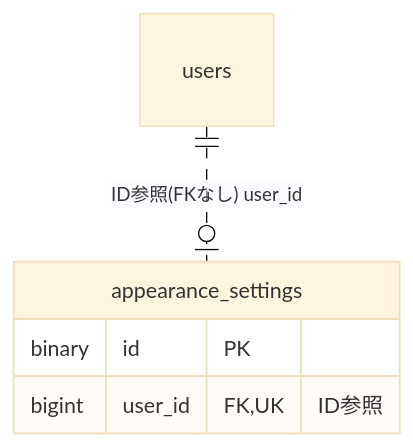
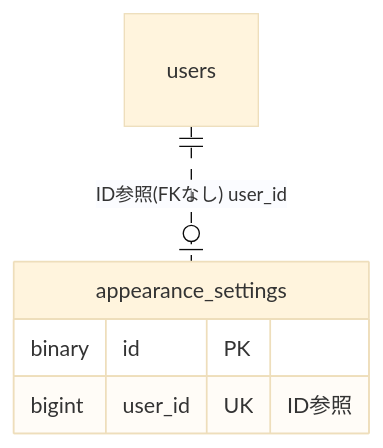
The diagram in docs/architecture/er/appearance.md (kenta-0420/mannschaft), drawn with Mermaid (base theme) before and after one commit. The commit also changed other lines of this file and 115 other files, not shown here.

Commit message:
改善: ER図のFKマーカーを実FKのみに限定し、被参照の逆引き節とREADME凡例を追加 (PR #4268)

````diff
--- a/docs/architecture/er/appearance.md
+++ b/docs/architecture/er/appearance.md
@@ -12,9 +12,9 @@
 ```mermaid
 erDiagram
     appearance_settings {
         binary id PK
-        bigint user_id FK, UK "ID参照"
+        bigint user_id UK "ID参照"
     }
     users
     users ||..o| appearance_settings : "ID参照(FKなし) user_id"
 ```
````
